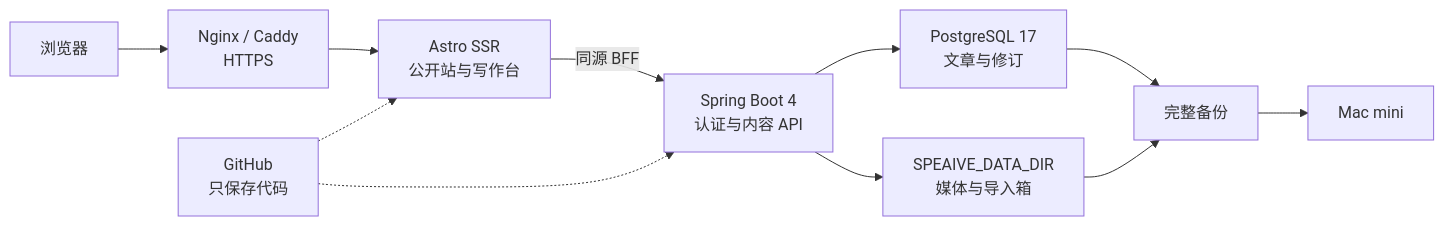
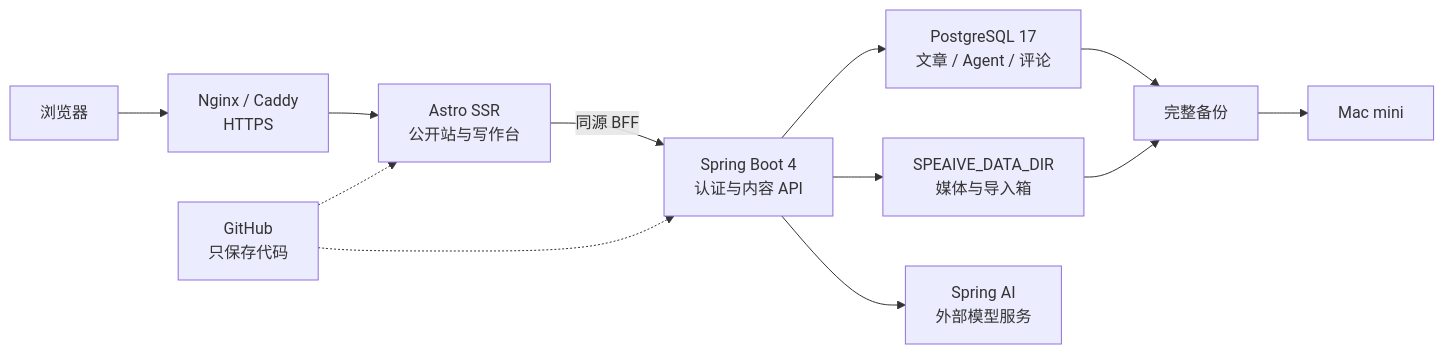
One commit to xhz10/speaive-blog changed the first of 2 diagrams in docs/architecture.md. Above: the diagram before and after it, drawn with Mermaid. The commit also changed other lines of this file and 73 other files, not shown here.

````diff
--- a/docs/architecture.md
+++ b/docs/architecture.md
@@ -7,13 +7,14 @@
 ```mermaid
 flowchart LR
     Browser["浏览器"] --> Proxy["Nginx / Caddy<br/>HTTPS"]
     Proxy --> Astro["Astro SSR<br/>公开站与写作台"]
     Astro -->|"同源 BFF"| Spring["Spring Boot 4<br/>认证与内容 API"]
-    Spring --> PG["PostgreSQL 17<br/>文章与修订"]
+    Spring --> PG["PostgreSQL 17<br/>文章 / Agent / 评论"]
     Spring --> Data["SPEAIVE_DATA_DIR<br/>媒体与导入箱"]
+    Spring --> AI["Spring AI<br/>外部模型服务"]
     PG --> Backup["完整备份"]
     Data --> Backup
     Backup --> Mac["Mac mini"]
     GitHub["GitHub<br/>只保存代码"] -.-> Astro
     GitHub -.-> Spring
 ```
````
